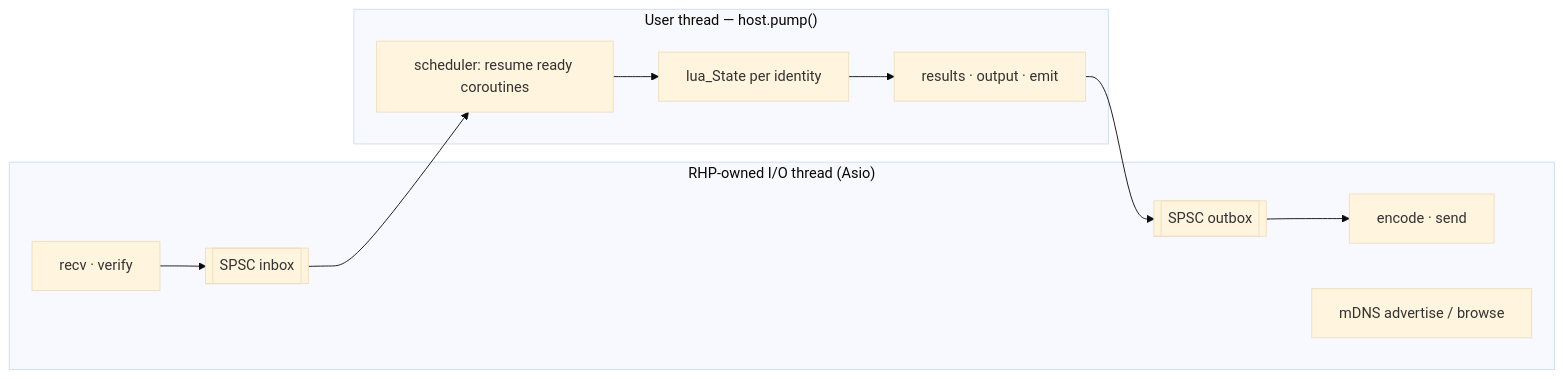
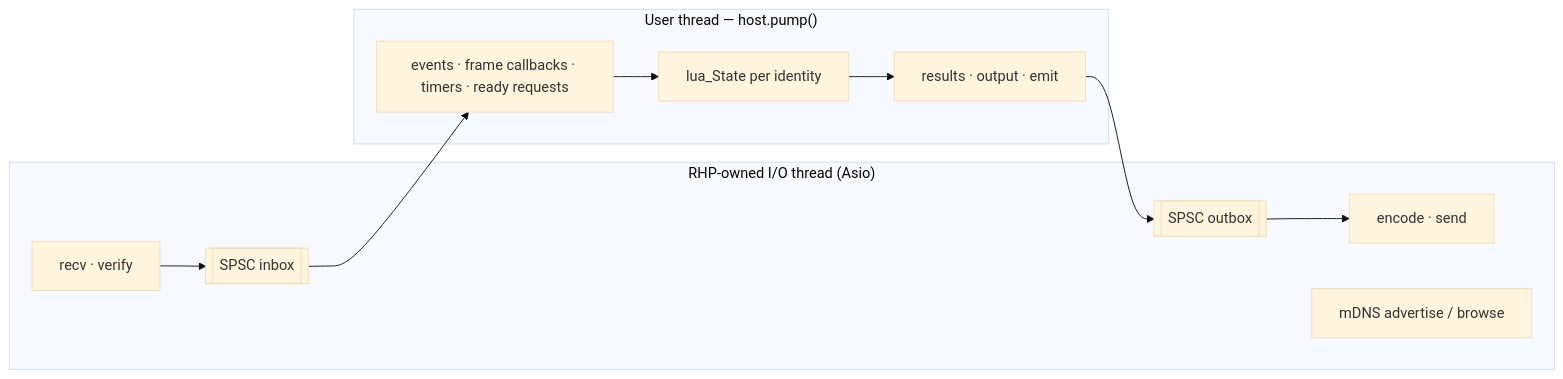
Before and after one commit to tonytranrp/RHP: diagram 11 of 14 in Docs/ARCHITECTURE.md, drawn with Mermaid (base theme). The commit also changed other lines of this file and 50 other files, not shown here.

````diff
--- a/Docs/ARCHITECTURE.md
+++ b/Docs/ARCHITECTURE.md
@@ -657,14 +672,14 @@
 ```mermaid
 flowchart LR
     subgraph IO["RHP-owned I/O thread (Asio)"]
         RX["recv · verify"] --> IN[["SPSC inbox"]]
         OUT[["SPSC outbox"]] --> TX["encode · send"]
         DISC["mDNS advertise / browse"]
     end
     subgraph USER["User thread — host.pump()"]
-        PUMP["scheduler: resume ready coroutines"] --> VMS["lua_State per identity"]
+        PUMP["events · frame callbacks · timers · ready requests"] --> VMS["lua_State per identity"]
         VMS --> RES["results · output · emit"]
     end
     IN --> PUMP
     RES --> OUT
 ```
````
